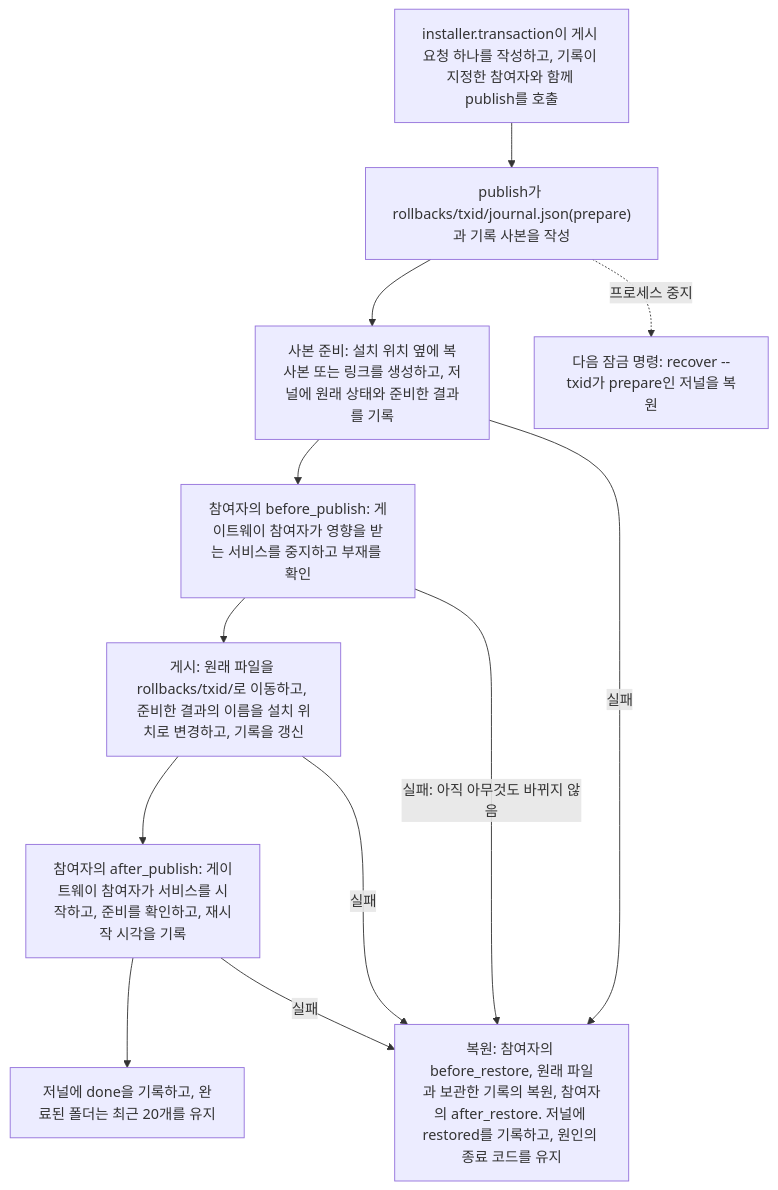
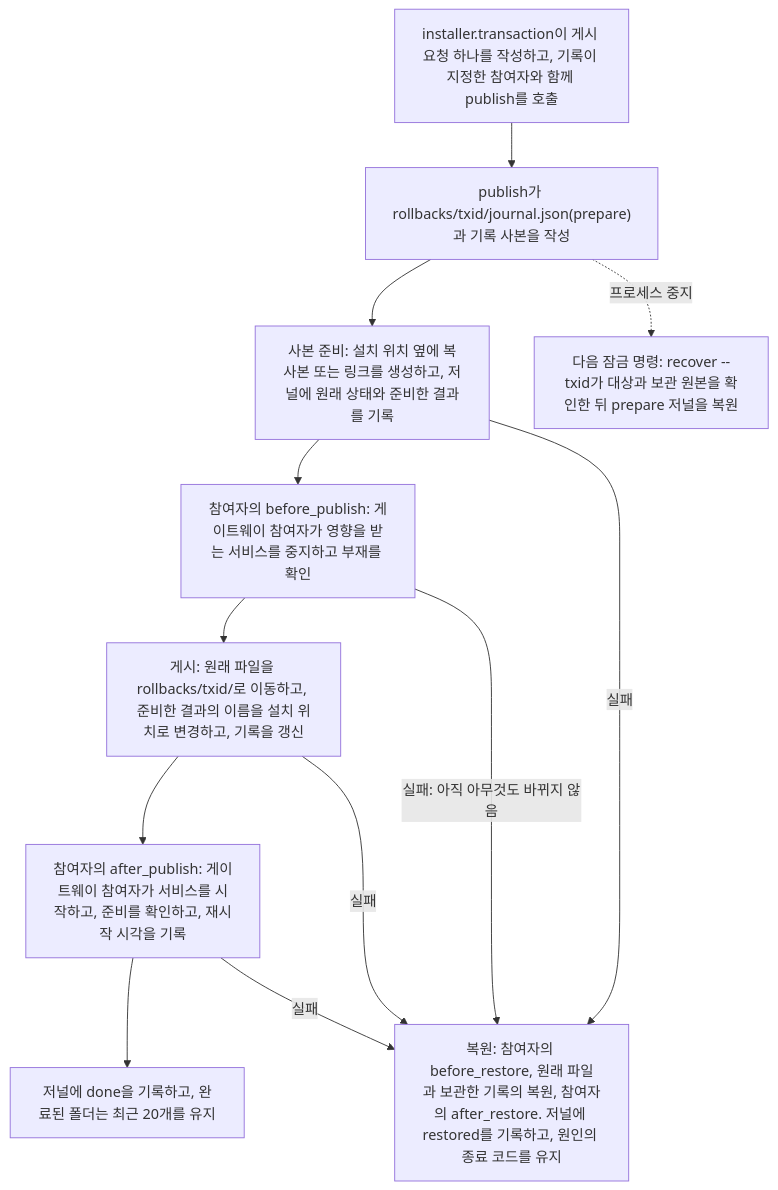
One commit to AidALL/ghost-alice changed the first of 2 diagrams in docs/ko/reference/installer-architecture.md. Above: the diagram before and after it, drawn with Mermaid. The commit also changed other lines of this file and 231 other files, not shown here.

````diff
--- a/docs/ko/reference/installer-architecture.md
+++ b/docs/ko/reference/installer-architecture.md
@@ -110,18 +114,18 @@
 ```mermaid
 flowchart TB
     REQ["installer.transaction이 게시 요청 하나를 작성하고, 기록이 지정한 참여자와 함께 publish를 호출"]
     JR["publish가 rollbacks/txid/journal.json(prepare)과 기록 사본을 작성"]
     ST["사본 준비: 설치 위치 옆에 복사본 또는 링크를 생성하고, 저널에 원래 상태와 준비한 결과를 기록"]
     BEF["참여자의 before_publish: 게이트웨이 참여자가 영향을 받는 서비스를 중지하고 부재를 확인"]
     PUB["게시: 원래 파일을 rollbacks/txid/로 이동하고, 준비한 결과의 이름을 설치 위치로 변경하고, 기록을 갱신"]
     AFT["참여자의 after_publish: 게이트웨이 참여자가 서비스를 시작하고, 준비를 확인하고, 재시작 시각을 기록"]
     DONE["저널에 done을 기록하고, 완료된 폴더는 최근 20개를 유지"]
     RS["복원: 참여자의 before_restore, 원래 파일과 보관한 기록의 복원, 참여자의 after_restore. 저널에 restored를 기록하고, 원인의 종료 코드를 유지"]
-    NEXT["다음 잠금 명령: recover --txid가 prepare인 저널을 복원"]
+    NEXT["다음 잠금 명령: recover --txid가 대상과 보관 원본을 확인한 뒤 prepare 저널을 복원"]
     REQ --> JR --> ST --> BEF --> PUB --> AFT --> DONE
     ST -->|"실패"| RS
     BEF -->|"실패: 아직 아무것도 바뀌지 않음"| RS
     PUB -->|"실패"| RS
     AFT -->|"실패"| RS
     JR -.->|"프로세스 중지"| NEXT
 ```
````
